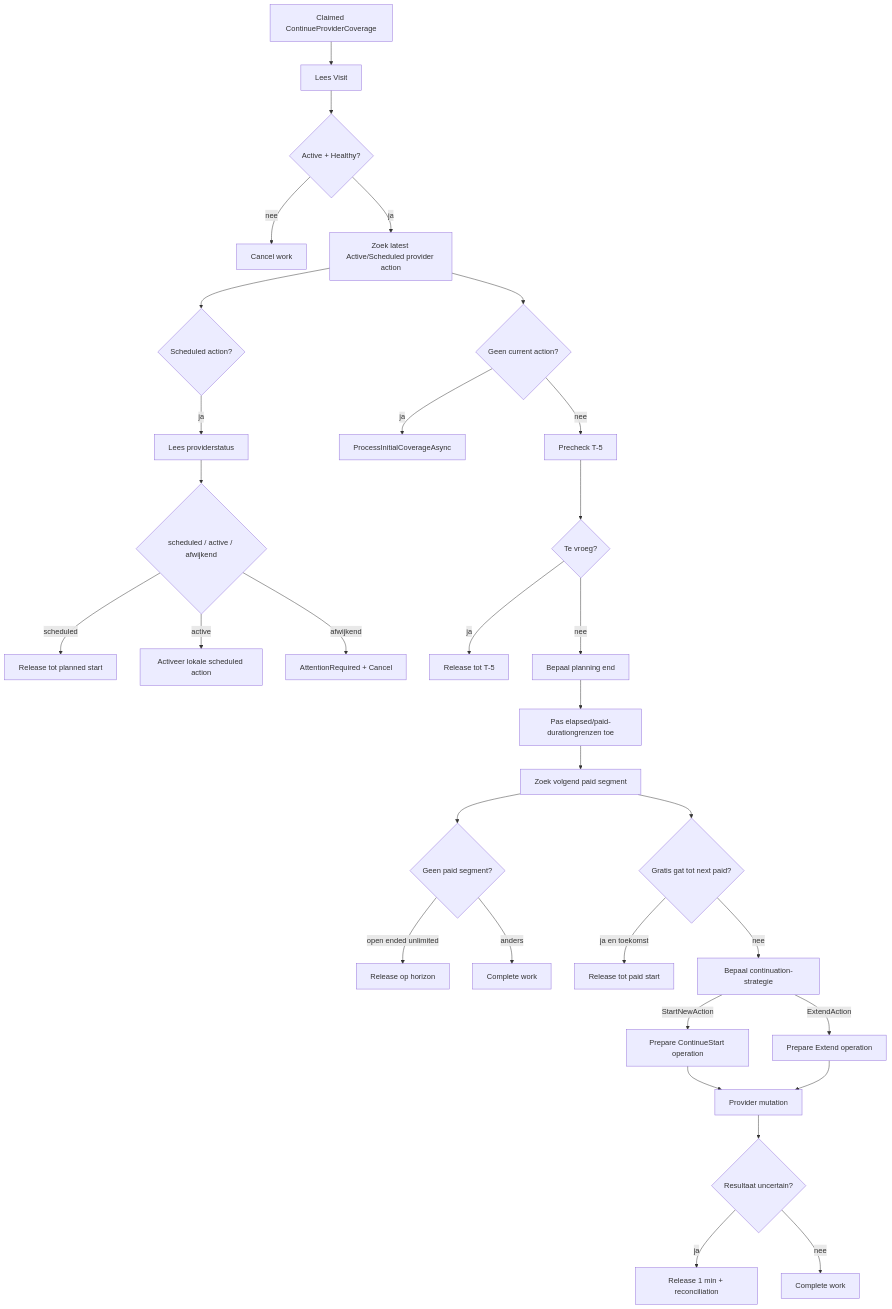
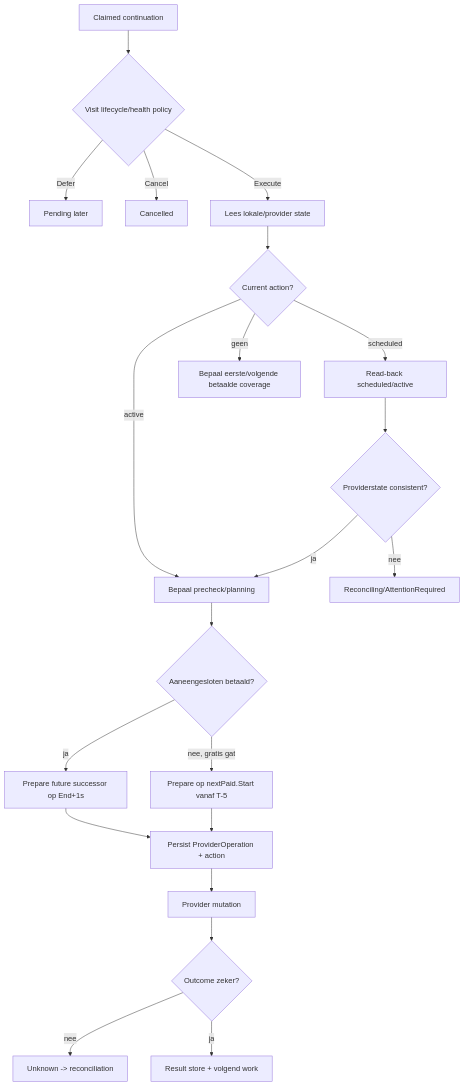
The third of 4 diagrams in docs/technisch/visit-scheduler-flow.md (VanHinthem/Parkeren), drawn with Mermaid before and after one commit. The commit also changed other lines of this file and 16 other files, not shown here.

````diff
--- a/docs/technisch/visit-scheduler-flow.md
+++ b/docs/technisch/visit-scheduler-flow.md
@@ -153,41 +54,23 @@
 ```mermaid
 flowchart TD
-    A[Claimed ContinueProviderCoverage] --> B[Lees Visit]
-    B --> C{Active + Healthy?}
-    C -->|nee| D[Cancel work]
-    C -->|ja| E[Zoek latest Active/Scheduled provider action]
-
-    E --> F{Scheduled action?}
-    F -->|ja| G[Lees providerstatus]
-    G --> H{scheduled / active / afwijkend}
-    H -->|scheduled| I[Release tot planned start]
-    H -->|active| J[Activeer lokale scheduled action]
-    H -->|afwijkend| K[AttentionRequired + Cancel]
-
-    E --> L{Geen current action?}
-    L -->|ja| M[ProcessInitialCoverageAsync]
-    L -->|nee| N[Precheck T-5]
-
-    N --> O{Te vroeg?}
-    O -->|ja| P[Release tot T-5]
-    O -->|nee| Q[Bepaal planning end]
-    Q --> R[Pas elapsed/paid-durationgrenzen toe]
-    R --> S[Zoek volgend paid segment]
-
-    S --> T{Geen paid segment?}
-    T -->|open ended unlimited| U[Release op horizon]
-    T -->|anders| V[Complete work]
-
-    S --> W{Gratis gat tot next paid?}
-    W -->|ja en toekomst| X[Release tot paid start]
-    W -->|nee| Y[Bepaal continuation-strategie]
-
-    Y -->|StartNewAction| Z[Prepare ContinueStart operation]
-    Y -->|ExtendAction| AA[Prepare Extend operation]
-
-    Z --> AB[Provider mutation]
-    AA --> AB
-    AB --> AC{Resultaat uncertain?}
-    AC -->|ja| AD[Release 1 min + reconciliation]
-    AC -->|nee| AE[Complete work]
+    A[Claimed continuation] --> B{Visit lifecycle/health policy}
+    B -->|Defer| C[Pending later]
+    B -->|Cancel| D[Cancelled]
+    B -->|Execute| E[Lees lokale/provider state]
+    E --> F{Current action?}
+    F -->|scheduled| G[Read-back scheduled/active]
+    F -->|active| H[Bepaal precheck/planning]
+    F -->|geen| I[Bepaal eerste/volgende betaalde coverage]
+    G --> J{Providerstate consistent?}
+    J -->|nee| K[Reconciling/AttentionRequired]
+    J -->|ja| H
+    H --> L{Aaneengesloten betaald?}
+    L -->|ja| M[Prepare future successor op End+1s]
+    L -->|nee, gratis gat| N[Prepare op nextPaid.Start vanaf T-5]
+    M --> O[Persist ProviderOperation + action]
+    N --> O
+    O --> P[Provider mutation]
+    P --> Q{Outcome zeker?}
+    Q -->|nee| R[Unknown -> reconciliation]
+    Q -->|ja| S[Result store + volgend work]
 ```
````
